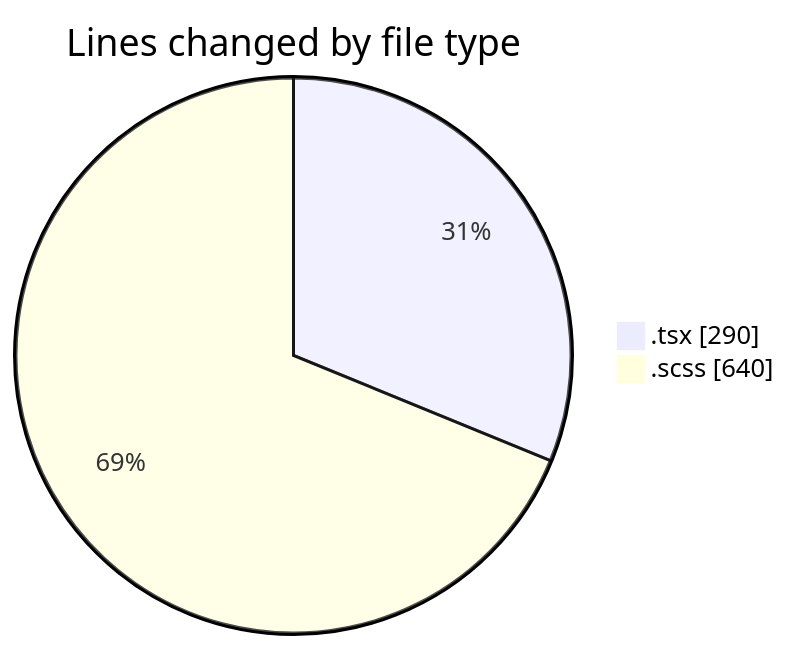
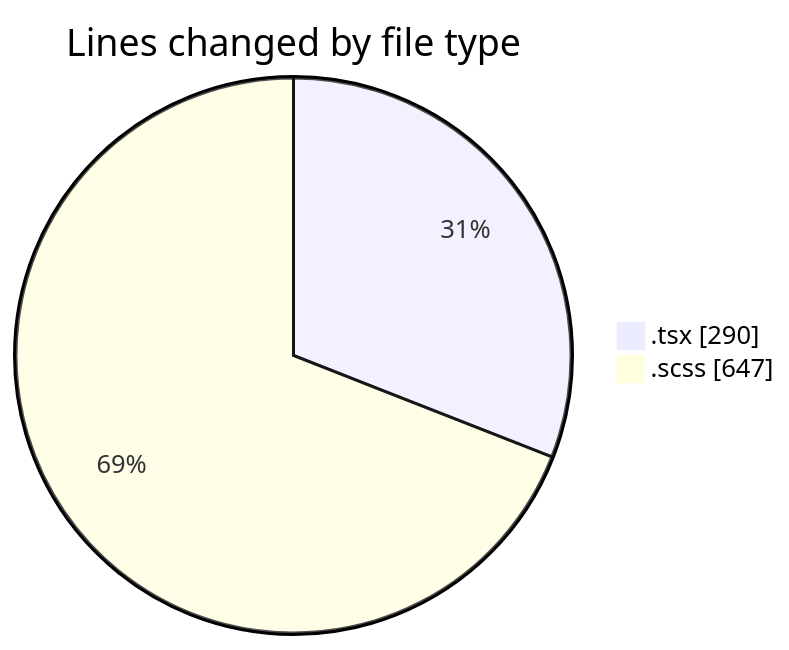
One commit to momahboobian/code-tracking changed the first of 2 diagrams in 2025-09-19/cda/README.md. Above: the diagram before and after it, drawn with Mermaid. The commit also changed other lines of this file and 1 other file, not shown here.

````diff
--- a/2025-09-19/cda/README.md
+++ b/2025-09-19/cda/README.md
@@ -21,6 +21,6 @@
 ```mermaid
 pie showData
 title Lines changed by file type
 ".tsx" : 290
-".scss" : 640
+".scss" : 647
 ```
````
